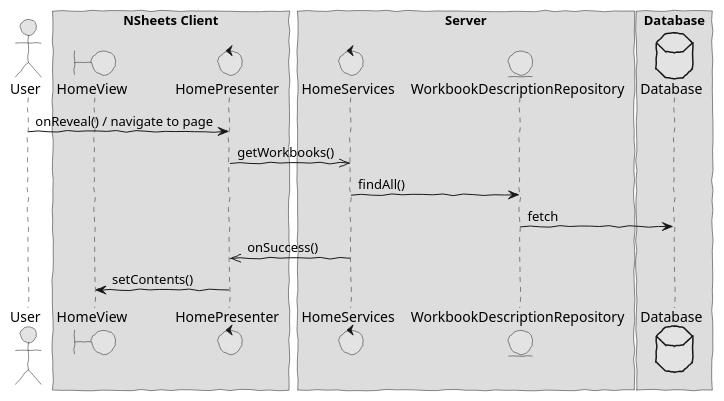
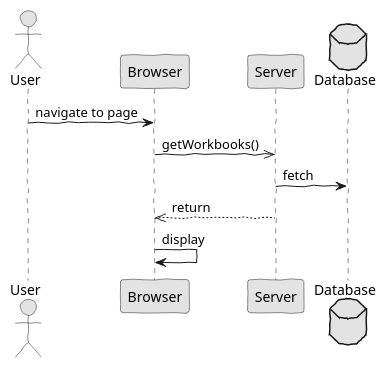
One commit to HugoFernandes2343/LAPR4_2017-2018 changed the diagram in docs/white/s4567890/sp1/analysis.puml. Above: the diagram before and after it, drawn with PlantUML. The commit also changed 8 other files, not shown here.

Commit message:
Core00.0: Analysis - Added system sequence diagrams / Design - SD moved to design section of documentation.

```diff
--- a/docs/white/s4567890/sp1/analysis.puml
+++ b/docs/white/s4567890/sp1/analysis.puml
@@ -1,36 +1,21 @@
 @startuml  analysis.png
 skinparam handwritten true
 skinparam monochrome true
 skinparam packageStyle rect
 skinparam defaultFontName FG Virgil
 skinparam shadowing false
 
 actor User
-boundary HomeView
-control HomePresenter
-control HomeServices
-entity WorkbookDescriptionRepository
+
+User -> Browser : navigate to page 
+Browser ->> Server : getWorkbooks()
+
 database Database 
 
-box "NSheets Client"
-participant HomeView
-participant HomePresenter 
-end box
+Server -> Database : fetch
 
-box "Server"
-participant HomeServices
-participant WorkbookDescriptionRepository
-end box
+Server -->> Browser : return
 
-box "Database"
-participant Database
-end box
-
-User -> HomePresenter : onReveal() / navigate to page 
-HomePresenter ->> HomeServices : getWorkbooks()
-HomeServices -> WorkbookDescriptionRepository : findAll()
-WorkbookDescriptionRepository -> Database : fetch
-HomeServices ->> HomePresenter : onSuccess() 
-HomePresenter -> HomeView : setContents()
+Browser -> Browser : display
 
 @enduml
```
